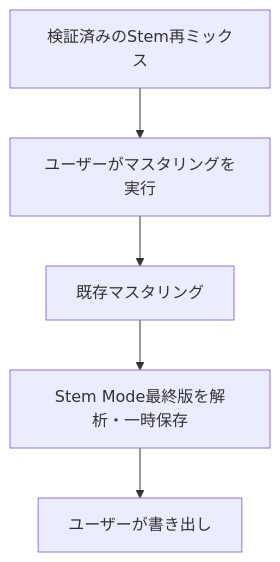
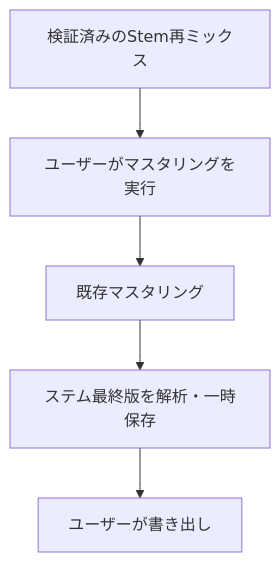
The fifth of 5 diagrams in README.md (hajimeno-ipoo/Veloura-Lucent), drawn with Mermaid before and after one commit. The commit also changed other lines of this file and 59 other files, not shown here.

````diff
--- a/README.md
+++ b/README.md
@@ -281,10 +281,10 @@
 ```mermaid
 flowchart TB
     A["検証済みのStem再ミックス"]
     B["ユーザーがマスタリングを実行"]
     C["既存マスタリング"]
-    D["Stem Mode最終版を解析・一時保存"]
+    D["ステム最終版を解析・一時保存"]
     E["ユーザーが書き出し"]
 
     A --> B --> C --> D --> E
 ```
````
